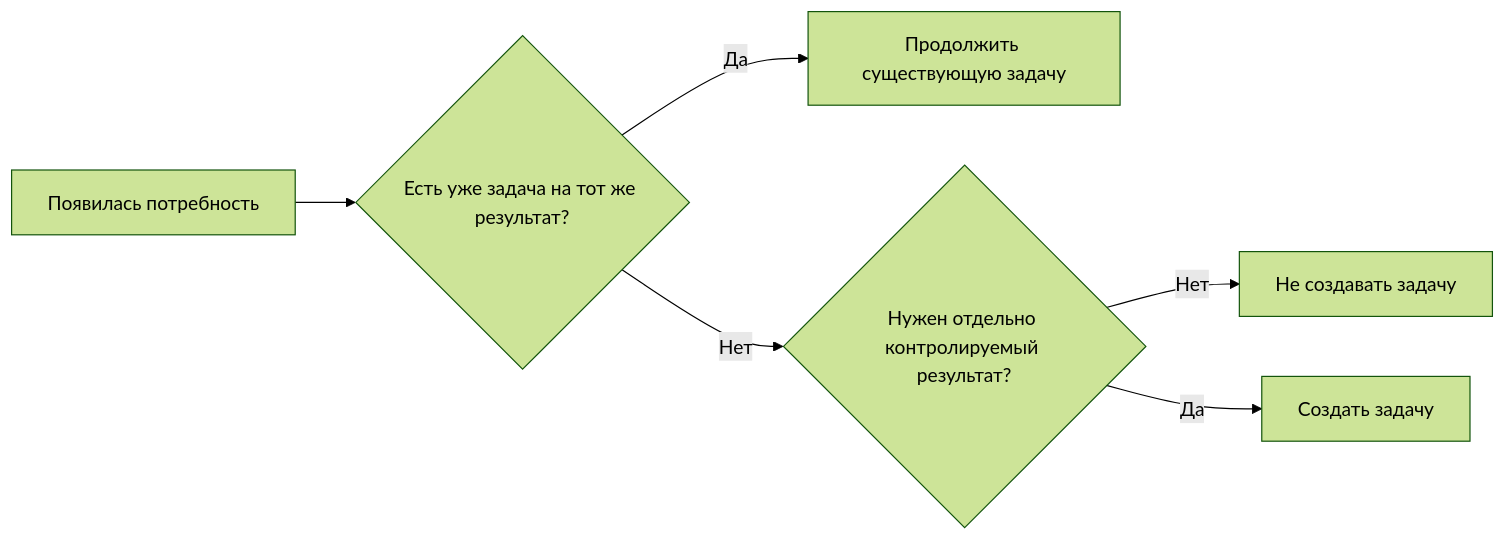
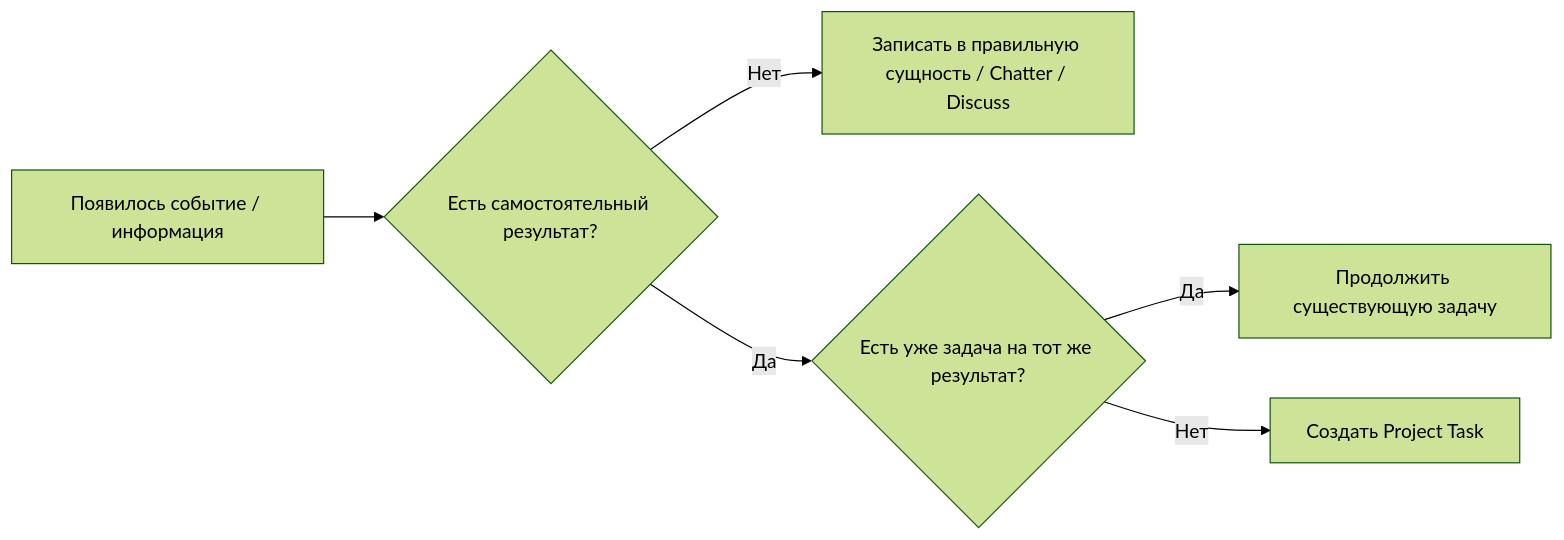
Before and after one commit to lazuale/department: the first of 2 diagrams in docs/01-methodology.md, drawn with Mermaid (forest theme). The commit also changed other lines of this file, not shown here.

````diff
--- a/docs/01-methodology.md
+++ b/docs/01-methodology.md
@@ -23,8 +43,8 @@
 ```mermaid
 flowchart LR
-    A[Появилась потребность] --> B{Есть уже задача на тот же результат?}
-    B -- Да --> C[Продолжить существующую задачу]
-    B -- Нет --> D{Нужен отдельно контролируемый результат?}
-    D -- Нет --> E[Не создавать задачу]
-    D -- Да --> F[Создать задачу]
+    A[Появилось событие / информация] --> B{Есть самостоятельный результат?}
+    B -- Нет --> C[Записать в правильную сущность / Chatter / Discuss]
+    B -- Да --> D{Есть уже задача на тот же результат?}
+    D -- Да --> E[Продолжить существующую задачу]
+    D -- Нет --> F[Создать Project Task]
 ```
````
